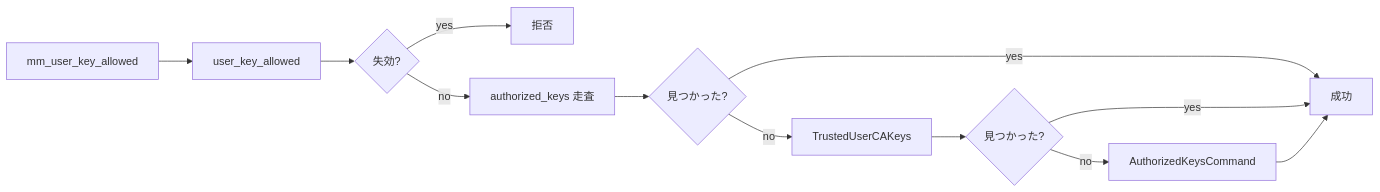
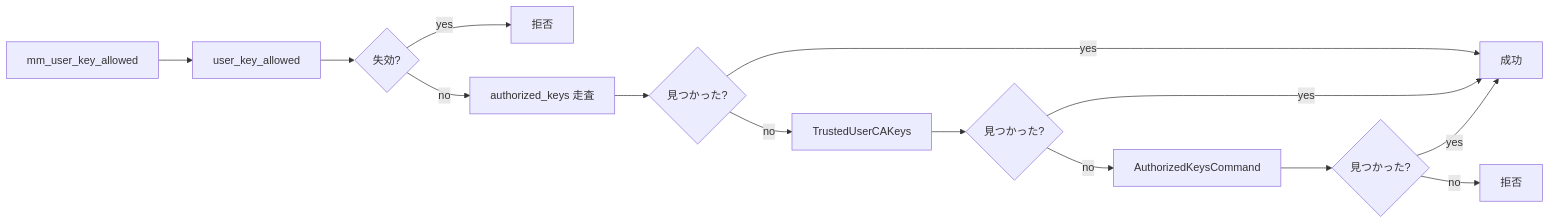
Before and after one commit to miyamadoKL/source-code-reading: the second of 2 diagrams in openssh/part02-auth/06-public-key-auth.md, drawn with Mermaid. The commit also changed 5 other files, not shown here.

````diff
--- a/openssh/part02-auth/06-public-key-auth.md
+++ b/openssh/part02-auth/06-public-key-auth.md
@@ -310,14 +310,16 @@
 ```mermaid
 flowchart LR
     A[mm_user_key_allowed] --> B[user_key_allowed]
     B --> C{失効?}
     C -->|yes| D[拒否]
     C -->|no| E[authorized_keys 走査]
     E --> F{見つかった?}
     F -->|yes| G[成功]
     F -->|no| H[TrustedUserCAKeys]
     H --> I{見つかった?}
     I -->|yes| G
     I -->|no| J[AuthorizedKeysCommand]
-    J --> G
+    J --> K{見つかった?}
+    K -->|yes| G
+    K -->|no| L[拒否]
 ```
````
